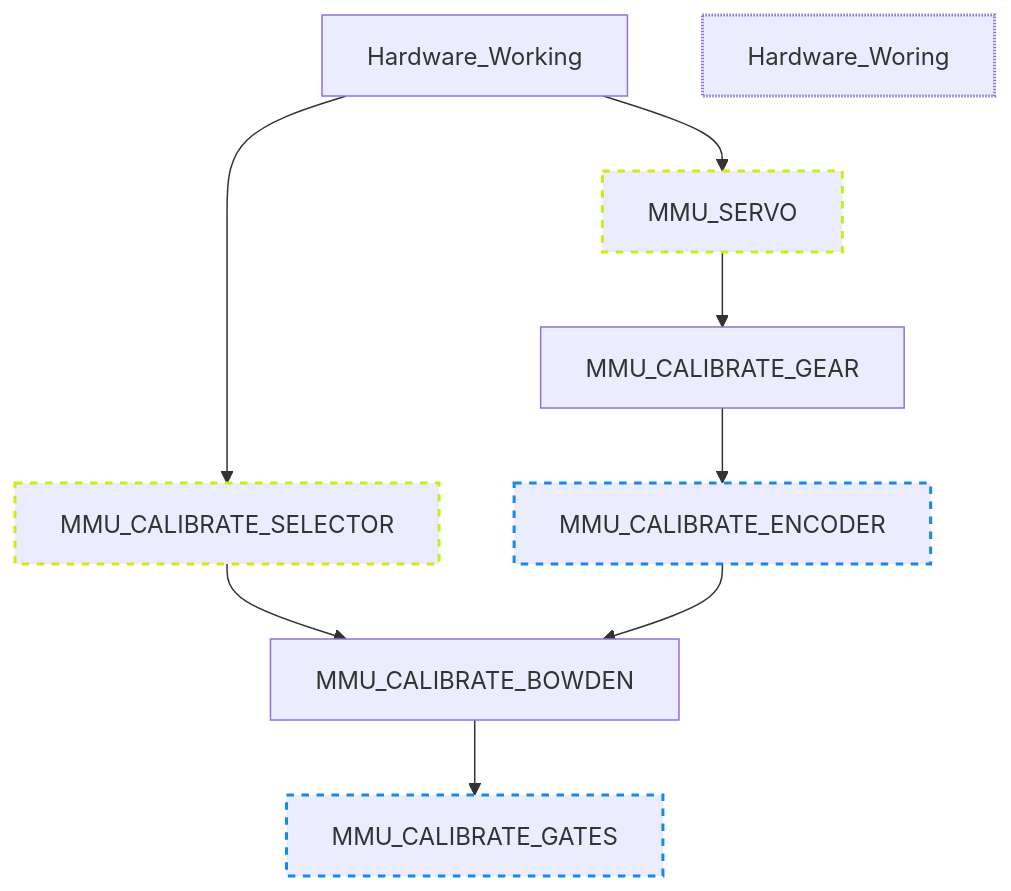
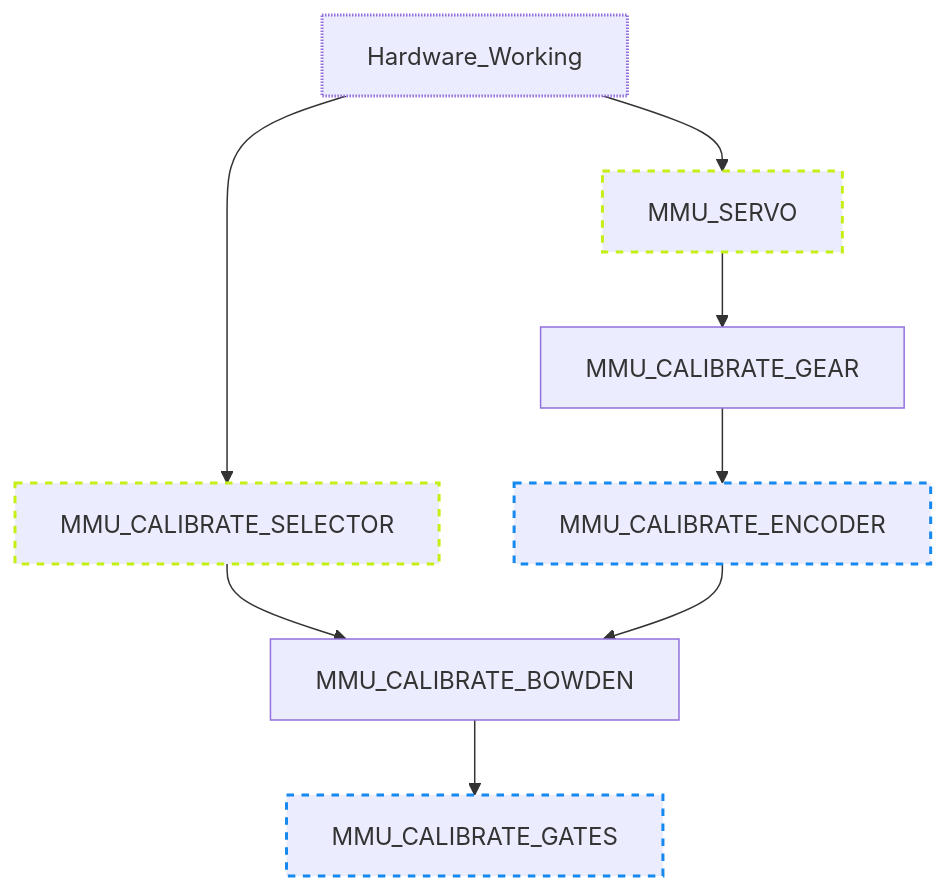
The diagram in MMU-Calibration.md (3DCoded/Happy-Hare), drawn with Mermaid before and after one commit.

````diff
--- a/MMU-Calibration.md
+++ b/MMU-Calibration.md
@@ -22,16 +22,16 @@
 ```mermaid
 graph TD;
     Hardware_Working --> MMU_SERVO
     Hardware_Working --> MMU_CALIBRATE_SELECTOR
     MMU_CALIBRATE_SELECTOR --> MMU_CALIBRATE_BOWDEN
     MMU_SERVO --> MMU_CALIBRATE_GEAR
     MMU_CALIBRATE_GEAR --> MMU_CALIBRATE_ENCODER
     MMU_CALIBRATE_ENCODER --> MMU_CALIBRATE_BOWDEN
     MMU_CALIBRATE_BOWDEN --> MMU_CALIBRATE_GATES
 
-style Hardware_Woring stroke-dasharray: 1 1, stroke-width:2px
+style Hardware_Working stroke-dasharray: 1 1, stroke-width:2px
 style MMU_SERVO stroke-dasharray: 5 5, stroke:#c5f015, stroke-width:2px
 style MMU_CALIBRATE_SELECTOR stroke-dasharray: 5 5, stroke:#c5f015, stroke-width:2px
 style MMU_CALIBRATE_ENCODER stroke-dasharray: 5 5, stroke:#1589f0, stroke-width:2px
 style MMU_CALIBRATE_GATES stroke-dasharray: 5 5, stroke:#1589f0, stroke-width:2px
 ```
````
